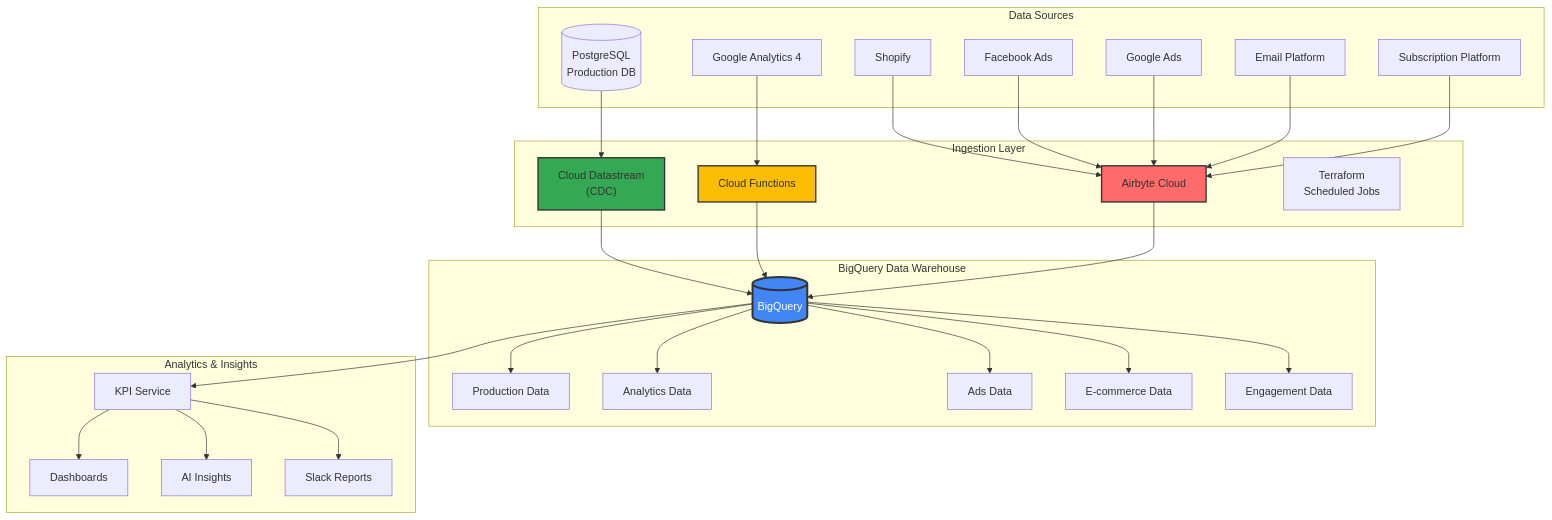
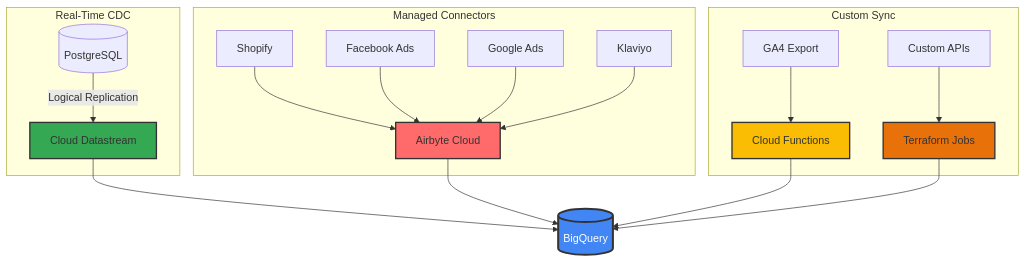
One commit to Ideaplaces/ciprianrarau.com changed the second of 5 diagrams in src/data/post/the-first-thing-i-set-up-data-warehouse.md. Above: the diagram before and after it, drawn with Mermaid. The commit also changed other lines of this file, not shown here.

Commit message:
Simplify data warehouse diagrams into smaller, less crowded visuals

````diff
--- a/src/data/post/the-first-thing-i-set-up-data-warehouse.md
+++ b/src/data/post/the-first-thing-i-set-up-data-warehouse.md
@@ -60,58 +83,29 @@
 ```mermaid
 flowchart TD
-    subgraph Sources ["Data Sources"]
-        PG[("PostgreSQL<br/>Production DB")]
-        GA4["Google Analytics 4"]
-        SHOP["Shopify"]
-        FB["Facebook Ads"]
-        GADS["Google Ads"]
-        EMAIL["Email Platform"]
-        SUBS["Subscription Platform"]
+    subgraph CDC ["Real-Time CDC"]
+        PG[("PostgreSQL")] -->|Logical Replication| DS["Cloud Datastream"]
     end
 
-    subgraph Ingestion ["Ingestion Layer"]
-        DS["Cloud Datastream<br/>(CDC)"]
-        AB["Airbyte Cloud"]
-        CF["Cloud Functions"]
-        TF["Terraform<br/>Scheduled Jobs"]
+    subgraph Managed ["Managed Connectors"]
+        SHOP["Shopify"] --> AB["Airbyte Cloud"]
+        FB["Facebook Ads"] --> AB
+        GADS["Google Ads"] --> AB
+        EMAIL["Klaviyo"] --> AB
     end
 
-    subgraph Warehouse ["BigQuery Data Warehouse"]
-        BQ[("BigQuery")]
-        BQ --> PROD["Production Data"]
-        BQ --> ANALYTICS["Analytics Data"]
-        BQ --> ADS["Ads Data"]
-        BQ --> COMMERCE["E-commerce Data"]
-        BQ --> ENGAGEMENT["Engagement Data"]
+    subgraph Custom ["Custom Sync"]
+        GA4["GA4 Export"] --> CF["Cloud Functions"]
+        API["Custom APIs"] --> TF["Terraform Jobs"]
     end
 
-    subgraph Output ["Analytics & Insights"]
-        KPI["KPI Service"]
-        DASH["Dashboards"]
-        AI["AI Insights"]
-        SLACK["Slack Reports"]
-    end
-
-    PG --> DS
-    DS --> BQ
-
-    GA4 --> CF
+    DS --> BQ[("BigQuery")]
+    AB --> BQ
     CF --> BQ
-
-    SHOP --> AB
-    FB --> AB
-    GADS --> AB
-    EMAIL --> AB
-    SUBS --> AB
-    AB --> BQ
-
-    BQ --> KPI
-    KPI --> DASH
-    KPI --> AI
-    KPI --> SLACK
+    TF --> BQ
 
     style BQ fill:#4285F4,stroke:#333,stroke-width:3px,color:#fff
     style DS fill:#34A853,stroke:#333,stroke-width:2px
     style AB fill:#FF6B6B,stroke:#333,stroke-width:2px
     style CF fill:#FBBC04,stroke:#333,stroke-width:2px
+    style TF fill:#E8710A,stroke:#333,stroke-width:2px
 ```
````
